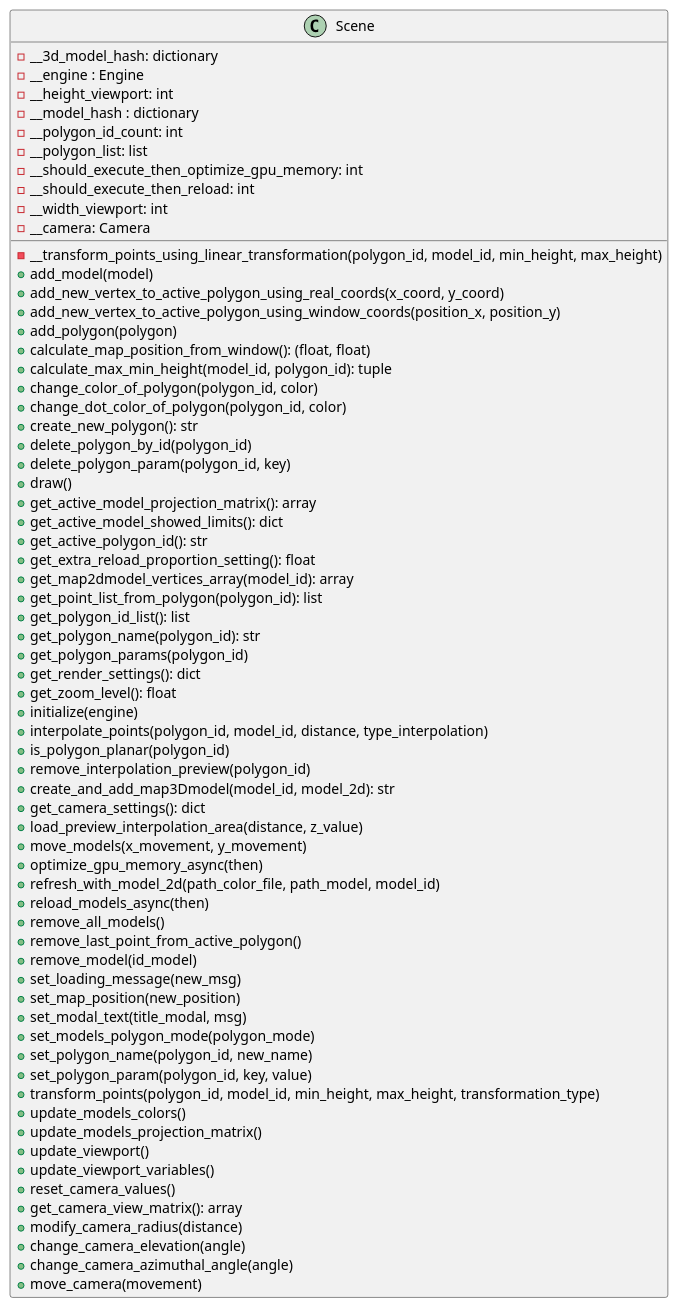
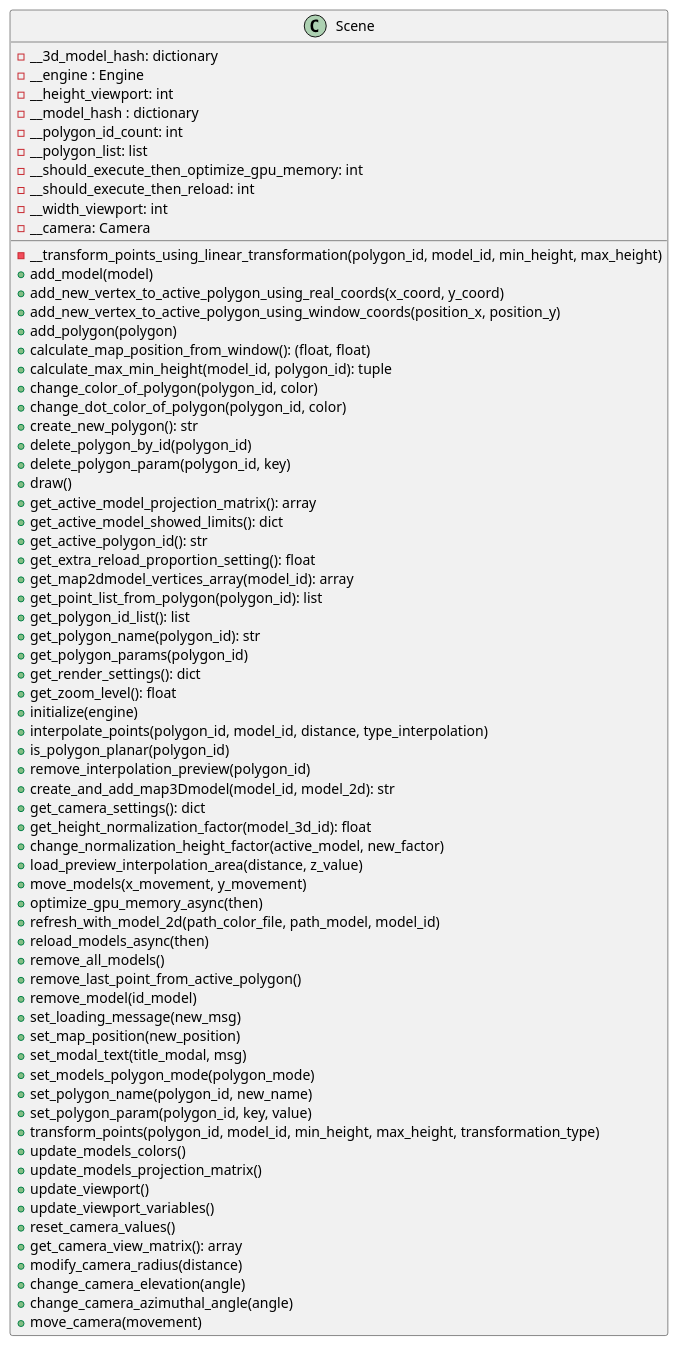
One commit to ferpoble2/Relief_Creator changed the diagram in docs/classes/Scene.puml. Above: the diagram before and after it, drawn with PlantUML. The commit also changed 9 other files, not shown here.

```diff
--- a/docs/classes/Scene.puml
+++ b/docs/classes/Scene.puml
@@ -1,70 +1,72 @@
 @startuml
             class Scene{
                 - __transform_points_using_linear_transformation(polygon_id, model_id, min_height, max_height)
                 + add_model(model)
                 + add_new_vertex_to_active_polygon_using_real_coords(x_coord, y_coord)
                 + add_new_vertex_to_active_polygon_using_window_coords(position_x, position_y)
                 + add_polygon(polygon)
                 + calculate_map_position_from_window(): (float, float)
                 + calculate_max_min_height(model_id, polygon_id): tuple
                 + change_color_of_polygon(polygon_id, color)
                 + change_dot_color_of_polygon(polygon_id, color)
                 + create_new_polygon(): str
                 + delete_polygon_by_id(polygon_id)
                 + delete_polygon_param(polygon_id, key)
                 + draw()
                 + get_active_model_projection_matrix(): array
                 + get_active_model_showed_limits(): dict
                 + get_active_polygon_id(): str
                 + get_extra_reload_proportion_setting(): float
                 + get_map2dmodel_vertices_array(model_id): array
                 + get_point_list_from_polygon(polygon_id): list
                 + get_polygon_id_list(): list
                 + get_polygon_name(polygon_id): str
                 + get_polygon_params(polygon_id)
                 + get_render_settings(): dict
                 + get_zoom_level(): float
                 + initialize(engine)
                 + interpolate_points(polygon_id, model_id, distance, type_interpolation)
                 + is_polygon_planar(polygon_id)
                 + remove_interpolation_preview(polygon_id)
                 + create_and_add_map3Dmodel(model_id, model_2d): str
                 + get_camera_settings(): dict
+                + get_height_normalization_factor(model_3d_id): float
+                + change_normalization_height_factor(active_model, new_factor)
                 + load_preview_interpolation_area(distance, z_value)
                 + move_models(x_movement, y_movement)
                 + optimize_gpu_memory_async(then)
                 + refresh_with_model_2d(path_color_file, path_model, model_id)
                 + reload_models_async(then)
                 + remove_all_models()
                 + remove_last_point_from_active_polygon()
                 + remove_model(id_model)
                 + set_loading_message(new_msg)
                 + set_map_position(new_position)
                 + set_modal_text(title_modal, msg)
                 + set_models_polygon_mode(polygon_mode)
                 + set_polygon_name(polygon_id, new_name)
                 + set_polygon_param(polygon_id, key, value)
                 + transform_points(polygon_id, model_id, min_height, max_height, transformation_type)
                 + update_models_colors()
                 + update_models_projection_matrix()
                 + update_viewport()
                 + update_viewport_variables()
                 + reset_camera_values()
                 + get_camera_view_matrix(): array
                 + modify_camera_radius(distance)
                 + change_camera_elevation(angle)
                 + change_camera_azimuthal_angle(angle)
                 + move_camera(movement)
 
                 - __3d_model_hash: dictionary
                 - __engine : Engine
                 - __height_viewport: int
                 - __model_hash : dictionary
                 - __polygon_id_count: int
                 - __polygon_list: list
                 - __should_execute_then_optimize_gpu_memory: int
                 - __should_execute_then_reload: int
                 - __width_viewport: int
                 - __camera: Camera
             }
 @enduml
```
